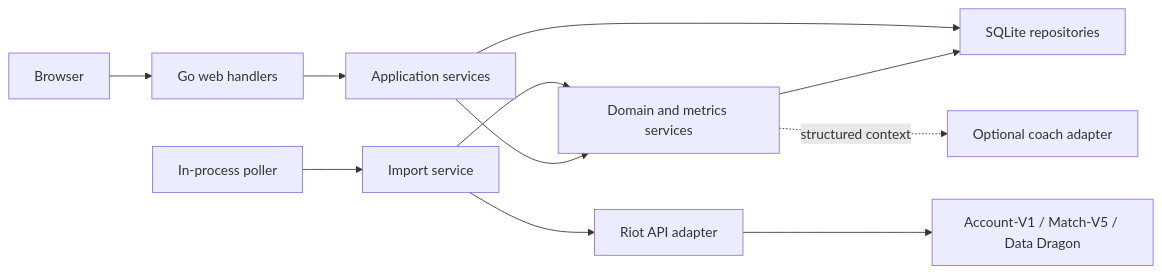
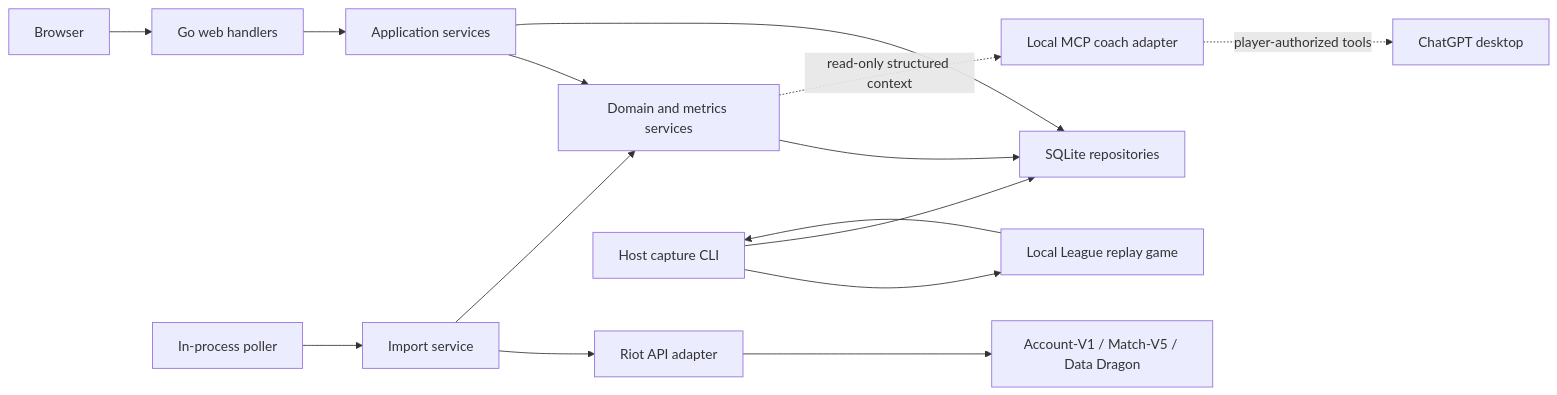
Before and after one commit to braheezy/journalol: the diagram in TECHNICAL_PLAN.md, drawn with Mermaid. The commit also changed other lines of this file and 56 other files, not shown here.

````diff
--- a/TECHNICAL_PLAN.md
+++ b/TECHNICAL_PLAN.md
@@ -76,13 +77,17 @@
 ```mermaid
 flowchart LR
     B[Browser] --> W[Go web handlers]
     W --> A[Application services]
     P[In-process poller] --> I[Import service]
     A --> D[Domain and metrics services]
     I --> R[Riot API adapter]
     I --> D
     D --> S[SQLite repositories]
     A --> S
     R --> C[Account-V1 / Match-V5 / Data Dragon]
-    D -. structured context .-> AI[Optional coach adapter]
+    D -. read-only structured context .-> MCP[Local MCP coach adapter]
+    MCP -. player-authorized tools .-> AI[ChatGPT desktop]
+    H[Host capture CLI] --> G[Local League replay game]
+    H --> S
+    G --> H
 ```
````
